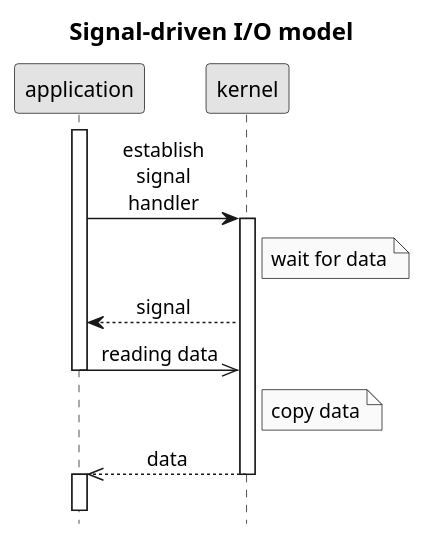
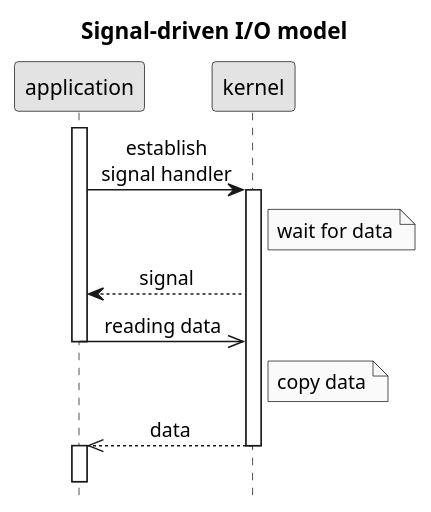
Before and after one commit to c0p4c4b4n4/demo-sockets-io-nio-nio2: the diagram in .images/signal-driven IO model.puml, drawn with PlantUML. The commit also changed 8 other files, not shown here.

```diff
--- a/.images/signal-driven IO model.puml
+++ b/.images/signal-driven IO model.puml
@@ -1,20 +1,21 @@
 @startuml
 title Signal-driven I/O model
 hide footbox
 skinparam monochrome true
-skinparam defaultFontName Arial
-skinparam titleFontSize 16
+skinparam defaultFontName Microsoft Sans Serif
+skinparam titleFontSize 15
+
 skinparam sequenceMessageAlign center
 activate application
-application->kernel: establish\nsignal\nhandler
+application->kernel: establish\nsignal handler
 activate kernel
 Note right of kernel: wait for data
 kernel-->application: signal
 application->>kernel: reading data
 deactivate application
 Note right of kernel: copy data
 kernel-->>application: data
 deactivate kernel
 activate application
 ||15||
 @enduml
```
